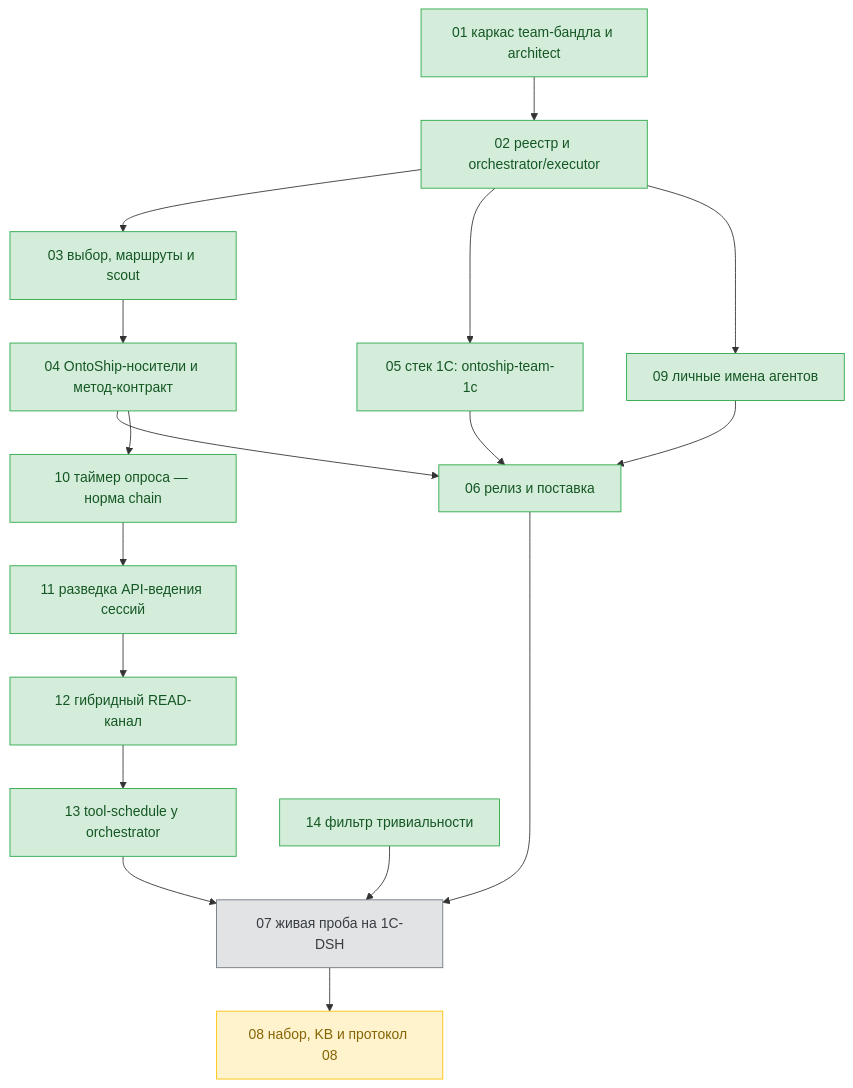
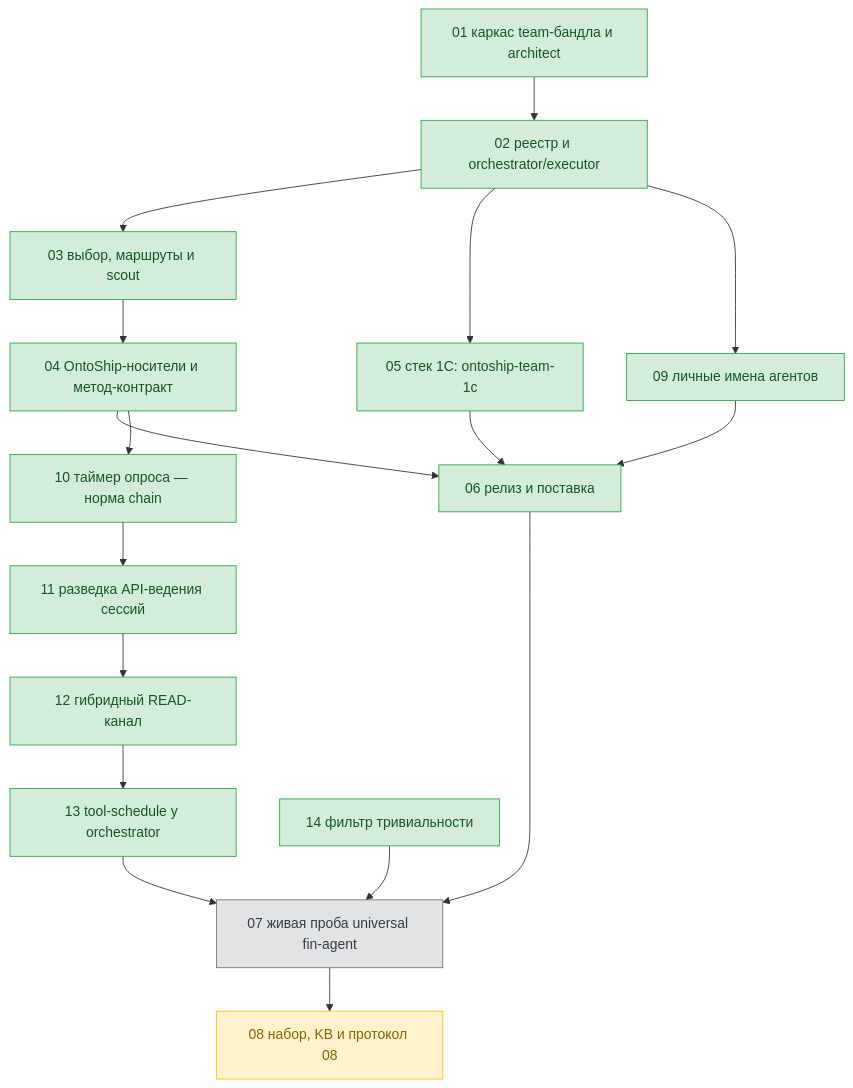
One commit to ntin60775/ontoship-ntin changed the diagram in tickets/team-profiles/dag.md. Above: the diagram before and after it, drawn with Mermaid. The commit also changed 1 other file, not shown here.

Commit message:
docs(team-profiles): остаточные лейблы пивота — README/dag 07 fin-agent, 14 принят

````diff
--- a/tickets/team-profiles/dag.md
+++ b/tickets/team-profiles/dag.md
@@ -11,43 +11,43 @@
 ```mermaid
 flowchart TD
   T01["01 каркас team-бандла и architect"]
   T02["02 реестр и orchestrator/executor"]
   T03["03 выбор, маршруты и scout"]
   T04["04 OntoShip-носители и метод-контракт"]
   T05["05 стек 1C: ontoship-team-1c"]
   T06["06 релиз и поставка"]
-  T07["07 живая проба на 1C-DSH"]
+  T07["07 живая проба universal fin-agent"]
   T08["08 набор, KB и протокол 08"]
   T09["09 личные имена агентов"]
   T10["10 таймер опроса — норма chain"]
   T11["11 разведка API-ведения сессий"]
   T12["12 гибридный READ-канал"]
   T13["13 tool-schedule у orchestrator"]
   T14["14 фильтр тривиальности"]
 
   T01 --> T02
   T02 --> T03
   T02 --> T05
   T02 --> T09
   T03 --> T04
   T04 --> T06
   T04 --> T10
   T05 --> T06
   T09 --> T06
   T06 --> T07
   T10 --> T11
   T11 --> T12
   T12 --> T13
   T13 --> T07
   T14 --> T07
   T07 --> T08
 
   classDef done fill:#d4edda,stroke:#28a745,color:#155724;
   classDef running fill:#cce5ff,stroke:#007bff,color:#004085;
   classDef pending fill:#e2e3e5,stroke:#6c757d,color:#383d41;
   classDef waiting fill:#fff3cd,stroke:#ffc107,color:#856404;
 
   class T01,T02,T03,T04,T05,T06,T09,T10,T11,T12,T13,T14 done;
   class T07 pending;
   class T08 waiting;
 ```
````
